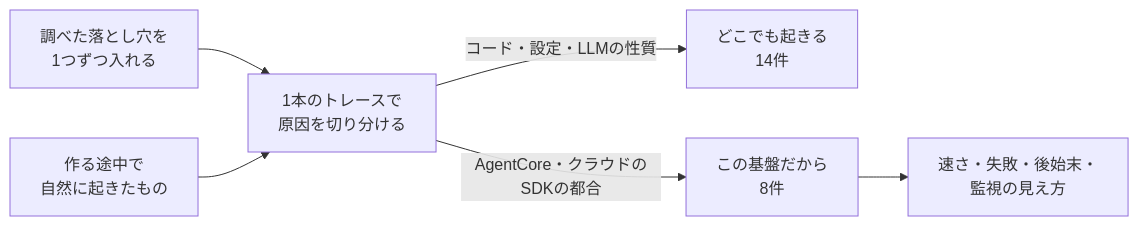
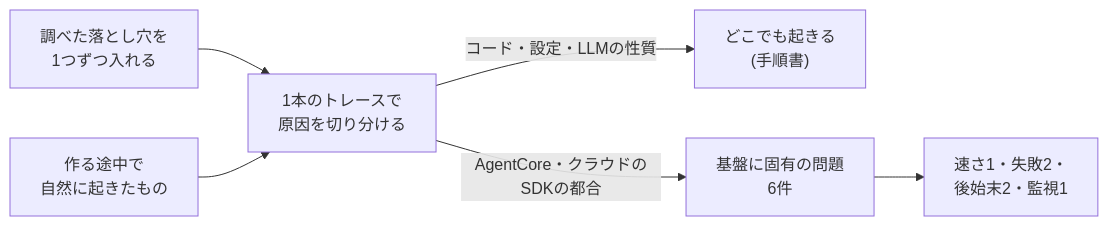
The first of 2 diagrams in README.md (yuya0408/agent-latency-tracer), drawn with Mermaid before and after one commit. The commit also changed other lines of this file, not shown here.

````diff
--- a/README.md
+++ b/README.md
@@ -9,8 +10,8 @@
 ```mermaid
 flowchart LR
   A["調べた落とし穴を<br/>1つずつ入れる"] --> C["1本のトレースで<br/>原因を切り分ける"]
   B["作る途中で<br/>自然に起きたもの"] --> C
-  C -->|"コード・設定・LLMの性質"| D["どこでも起きる<br/>14件"]
-  C -->|"AgentCore・クラウドのSDKの都合"| E["この基盤だから<br/>8件"]
-  E --> F["速さ・失敗・後始末・<br/>監視の見え方"]
+  C -->|"コード・設定・LLMの性質"| D["どこでも起きる<br/>(手順書)"]
+  C -->|"AgentCore・クラウドのSDKの都合"| E["基盤に固有の問題<br/>6件"]
+  E --> F["速さ1・失敗2・<br/>後始末2・監視1"]
 ```
````
